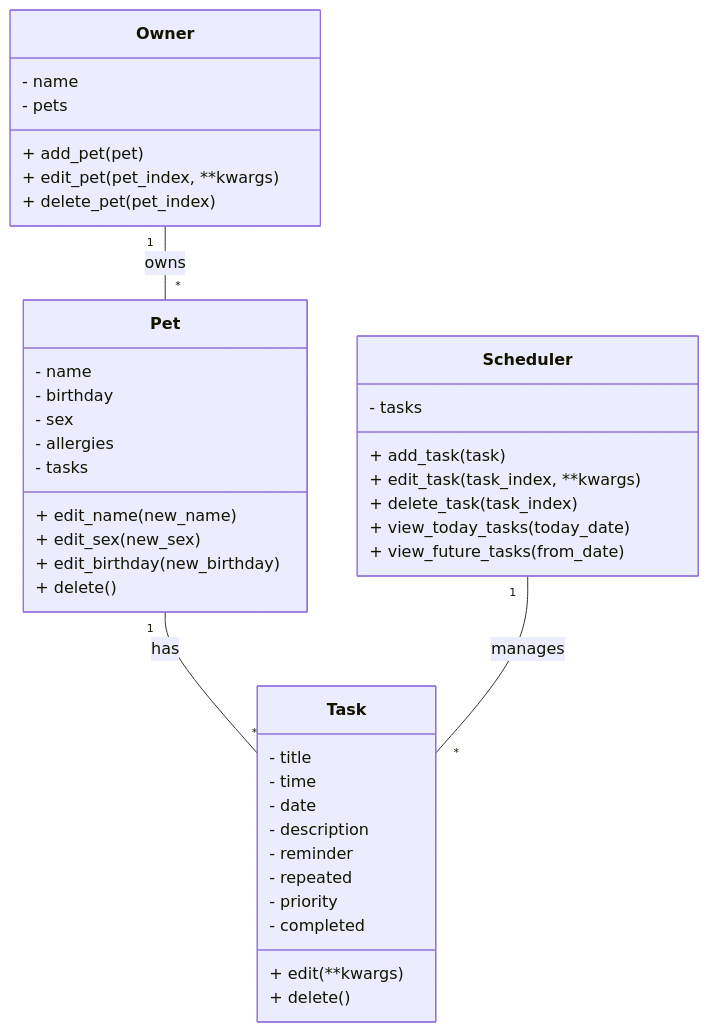
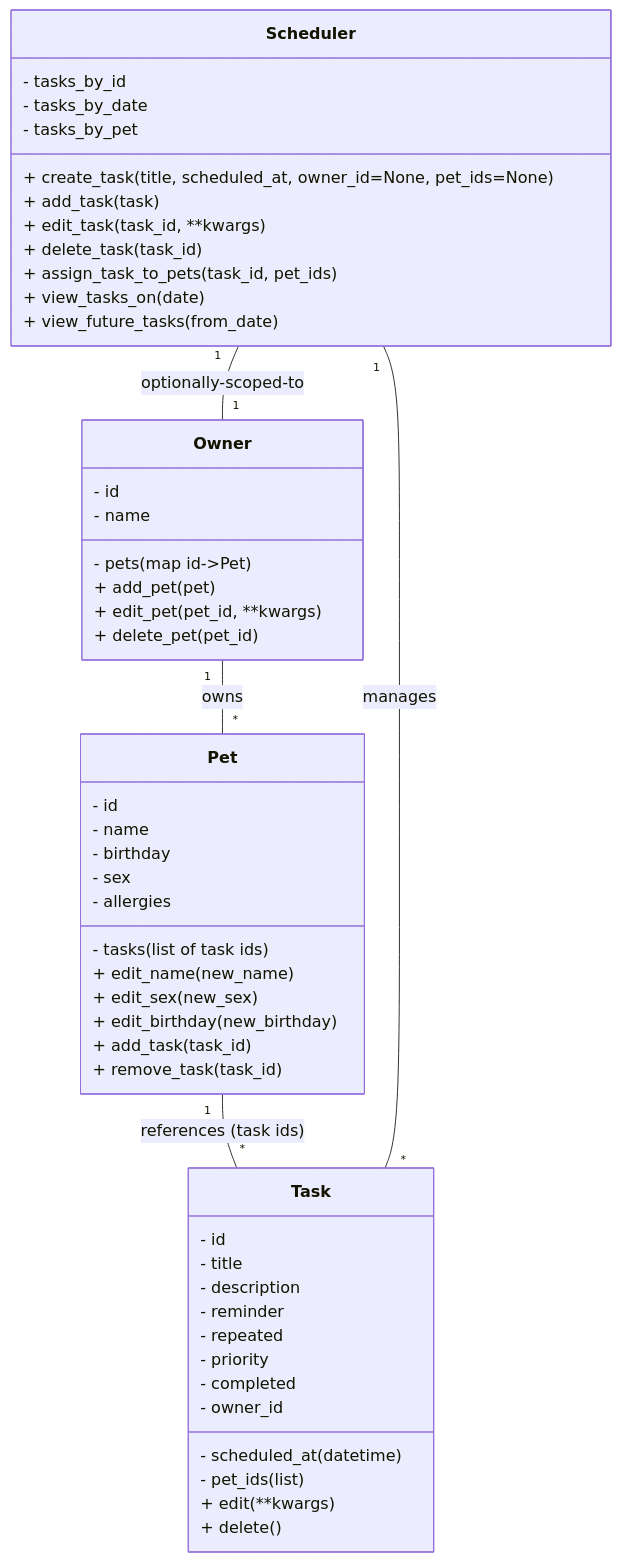
The diagram in uml.md (github347/ai110-module2show-pawpal-starter), drawn with Mermaid before and after one commit. The commit also changed 2 other files, not shown here.

Commit message:
updated ulm and logics

````diff
--- a/uml.md
+++ b/uml.md
@@ -5,45 +5,55 @@
 ```mermaid
 classDiagram
     class Owner {
+        - id
         - name
-        - pets
+        - pets (map id->Pet)
         + add_pet(pet)
-        + edit_pet(pet_index, **kwargs)
-        + delete_pet(pet_index)
+        + edit_pet(pet_id, **kwargs)
+        + delete_pet(pet_id)
     }
     class Pet {
+        - id
         - name
         - birthday
         - sex
         - allergies
-        - tasks
+        - tasks (list of task ids)
         + edit_name(new_name)
         + edit_sex(new_sex)
         + edit_birthday(new_birthday)
-        + delete()
+        + add_task(task_id)
+        + remove_task(task_id)
     }
     class Task {
+        - id
         - title
-        - time
-        - date
+        - scheduled_at (datetime)
         - description
         - reminder
         - repeated
         - priority
         - completed
+        - owner_id
+        - pet_ids (list)
         + edit(**kwargs)
         + delete()
     }
     class Scheduler {
-        - tasks
+        - tasks_by_id
+        - tasks_by_date
+        - tasks_by_pet
+        + create_task(title, scheduled_at, owner_id=None, pet_ids=None)
         + add_task(task)
-        + edit_task(task_index, **kwargs)
-        + delete_task(task_index)
-        + view_today_tasks(today_date)
+        + edit_task(task_id, **kwargs)
+        + delete_task(task_id)
+        + assign_task_to_pets(task_id, pet_ids)
+        + view_tasks_on(date)
         + view_future_tasks(from_date)
     }
 
     Owner "1" -- "*" Pet : owns
-    Pet "1" -- "*" Task : has
+    Pet "1" -- "*" Task : references (task ids)
     Scheduler "1" -- "*" Task : manages
+    Scheduler "1" -- "1" Owner : optionally-scoped-to
 ```
````
